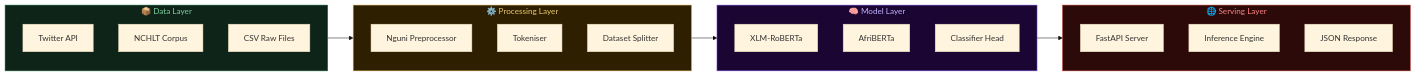
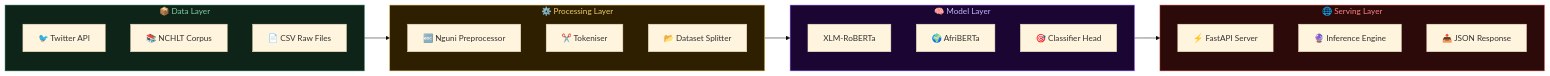
One commit to LuthandoCandlovu/African-Language-NLP-Model- changed the second of 4 diagrams in README.md. Above: the diagram before and after it, drawn with Mermaid (base theme). The commit also changed other lines of this file, not shown here.

````diff
--- a/README.md
+++ b/README.md
@@ -135,33 +212,37 @@
 ```mermaid
 graph LR
     subgraph DATA["📦 Data Layer"]
-        T[Twitter API]
-        N[NCHLT Corpus]
-        CSV[CSV Raw Files]
+        direction TB
+        T["🐦 Twitter API"]
+        N["📚 NCHLT Corpus"]
+        CSV["📄 CSV Raw Files"]
     end
 
     subgraph PROC["⚙️ Processing Layer"]
-        PP[Nguni Preprocessor]
-        TK[Tokeniser]
-        DS[Dataset Splitter]
+        direction TB
+        PP["🔤 Nguni Preprocessor"]
+        TK["✂️ Tokeniser"]
+        DS["📂 Dataset Splitter"]
     end
 
     subgraph MODEL["🧠 Model Layer"]
-        XLM[XLM-RoBERTa]
-        AFR[AfriBERTa]
-        CLS[Classifier Head]
+        direction TB
+        XLM["XLM-RoBERTa"]
+        AFR["🌍 AfriBERTa"]
+        CLS["🎯 Classifier Head"]
     end
 
     subgraph SERVE["🌐 Serving Layer"]
-        API[FastAPI Server]
-        INF[Inference Engine]
-        RES[JSON Response]
+        direction TB
+        API["⚡ FastAPI Server"]
+        INF["🔮 Inference Engine"]
+        RES["📤 JSON Response"]
     end
 
     DATA --> PROC --> MODEL --> SERVE
 
-    style DATA fill:#0f2419,stroke:#1A6B47,color:#7dcea0
-    style PROC fill:#2d1f00,stroke:#D4A843,color:#f0c96b
+    style DATA  fill:#0f2419,stroke:#1A6B47,color:#7dcea0
+    style PROC  fill:#2d1f00,stroke:#D4A843,color:#f0c96b
     style MODEL fill:#1a0533,stroke:#8B5CF6,color:#c4b5fd
     style SERVE fill:#2d0a0a,stroke:#C0392B,color:#fc8181
 ```
````
